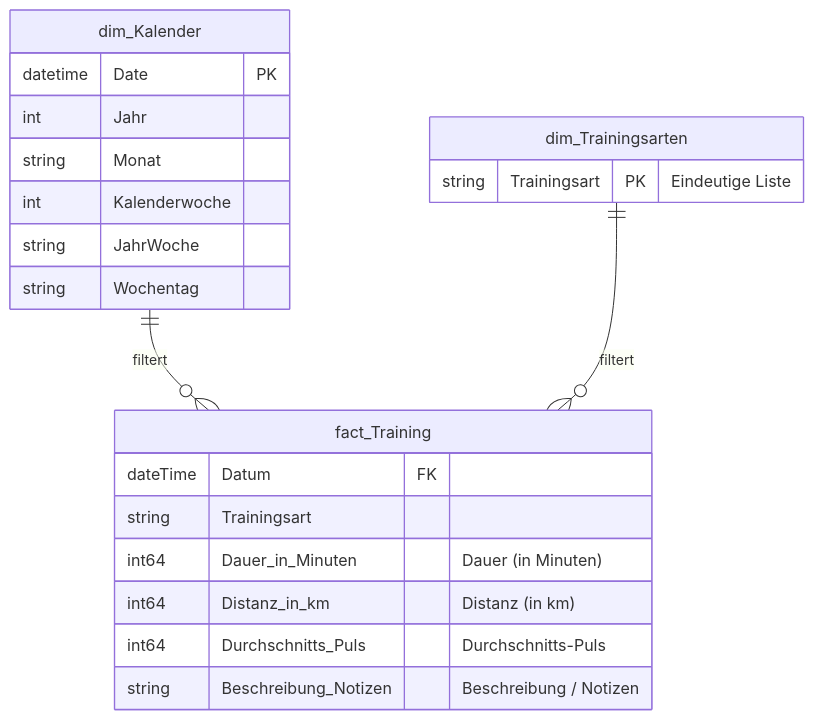
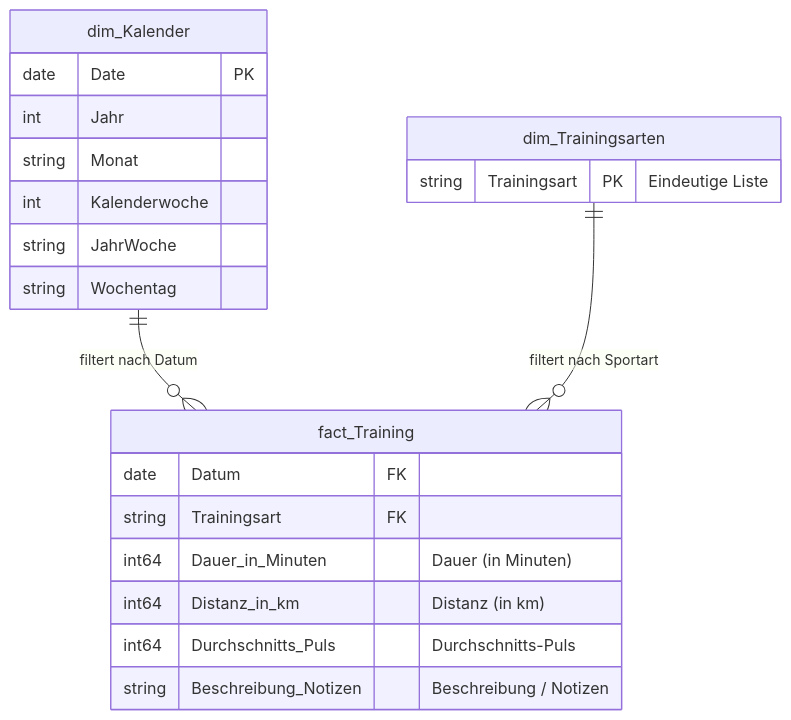
Before and after one commit to AndreasTraut/Personal-Fitness-BI: the diagram in docs/03_datenmodell.md, drawn with Mermaid. The commit also changed other lines of this file and 1 other file, not shown here.

Commit message:
Adapt Mermaid

````diff
--- a/docs/03_datenmodell.md
+++ b/docs/03_datenmodell.md
@@ -13,26 +14,27 @@
 ```mermaid
 erDiagram
-    dim_Kalender ||--o{ fact_Training : "filtert"
-	dim_Trainingsarten ||--o{ fact_Training : "filtert"
+    dim_Kalender ||--o{ fact_Training : "filtert nach Datum"
+    dim_Trainingsarten ||--o{ fact_Training : "filtert nach Sportart"
     
     dim_Kalender {
-        datetime Date PK
+        date Date PK
         int Jahr
         string Monat
         int Kalenderwoche
         string JahrWoche
         string Wochentag
     }
-	
+
     dim_Trainingsarten {
         string Trainingsart PK "Eindeutige Liste"
     }
+
     fact_Training {
-        dateTime Datum FK
-        string Trainingsart
+        date Datum FK
+        string Trainingsart FK
         int64 Dauer_in_Minuten "Dauer (in Minuten)"
         int64 Distanz_in_km "Distanz (in km)"
         int64 Durchschnitts_Puls "Durchschnitts-Puls"
         string Beschreibung_Notizen "Beschreibung / Notizen"
     }
 ```
````
